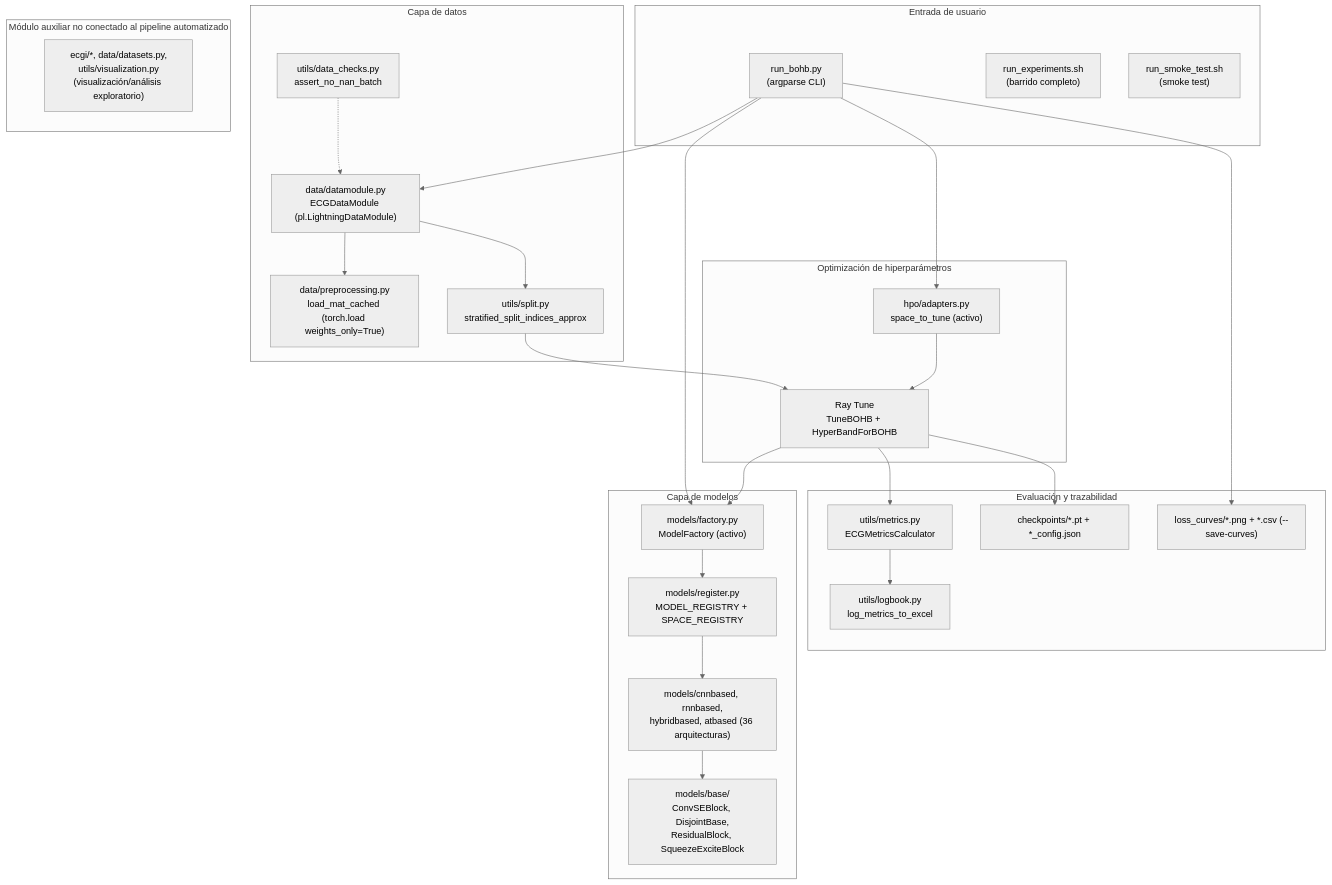
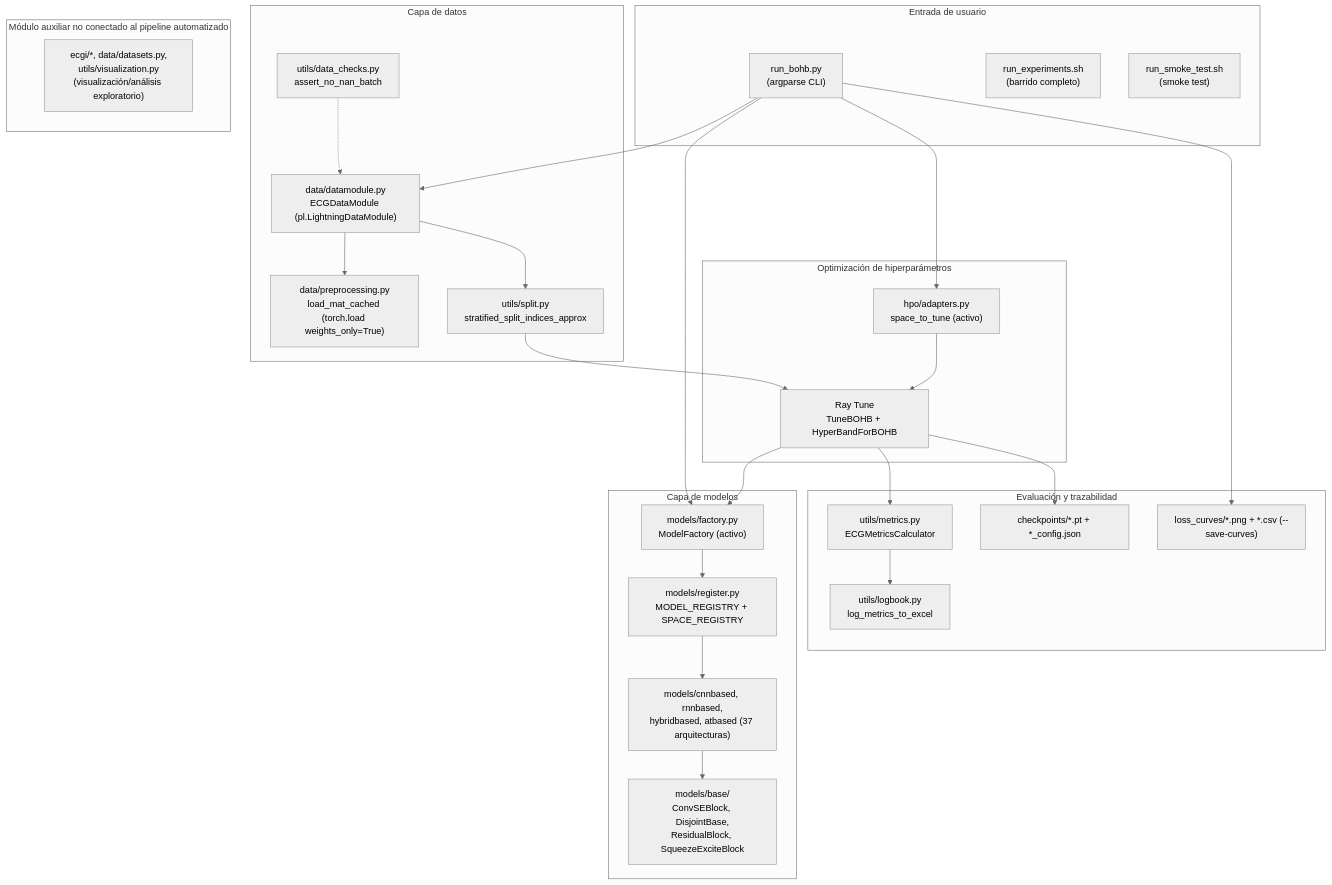
One commit to dmayorcatorres/ecgi-1d-architectures-comparison changed the diagram in docs/architecture.md. Above: the diagram before and after it, drawn with Mermaid (neutral theme). The commit also changed 10 other files, not shown here.

````diff
--- a/docs/architecture.md
+++ b/docs/architecture.md
@@ -33,50 +33,50 @@
 ```mermaid
 flowchart TB
     subgraph CLI["Entrada de usuario"]
         A["run_bohb.py\n(argparse CLI)"]
         A2["run_experiments.sh\n(barrido completo)"]
         A3["run_smoke_test.sh\n(smoke test)"]
     end
 
     subgraph Data["Capa de datos"]
         B1["data/datamodule.py\nECGDataModule (pl.LightningDataModule)"]
         B2["data/preprocessing.py\nload_mat_cached (torch.load weights_only=True)"]
         B3["utils/split.py\nstratified_split_indices_approx"]
         B4["utils/data_checks.py\nassert_no_nan_batch"]
     end
 
     subgraph Models["Capa de modelos"]
         C1["models/register.py\nMODEL_REGISTRY + SPACE_REGISTRY"]
         C2["models/factory.py\nModelFactory (activo)"]
-        C4["models/cnnbased, rnnbased,\nhybridbased, atbased (36 arquitecturas)"]
+        C4["models/cnnbased, rnnbased,\nhybridbased, atbased (37 arquitecturas)"]
         C5["models/base/\nConvSEBlock, DisjointBase,\nResidualBlock, SqueezeExciteBlock"]
     end
 
     subgraph HPO["Optimización de hiperparámetros"]
         D1["hpo/adapters.py\nspace_to_tune (activo)"]
         D2["Ray Tune\nTuneBOHB + HyperBandForBOHB"]
     end
 
     subgraph Eval["Evaluación y trazabilidad"]
         E1["utils/metrics.py\nECGMetricsCalculator"]
         E2["utils/logbook.py\nlog_metrics_to_excel"]
         E3["checkpoints/*.pt + *_config.json"]
         E4["loss_curves/*.png + *.csv (--save-curves)"]
     end
 
     subgraph Legacy["Módulo auxiliar no conectado al pipeline automatizado"]
         F2["ecgi/*, data/datasets.py,\nutils/visualization.py\n(visualización/análisis exploratorio)"]
     end
 
     A --> B1 --> B2
     B1 --> B3
     A --> C2 --> C1 --> C4
     C4 --> C5
     A --> D1 --> D2
     D2 --> C2
     B3 --> D2
     D2 --> E1 --> E2
     D2 --> E3
     A --> E4
     B4 -.-> B1
 ```
````
